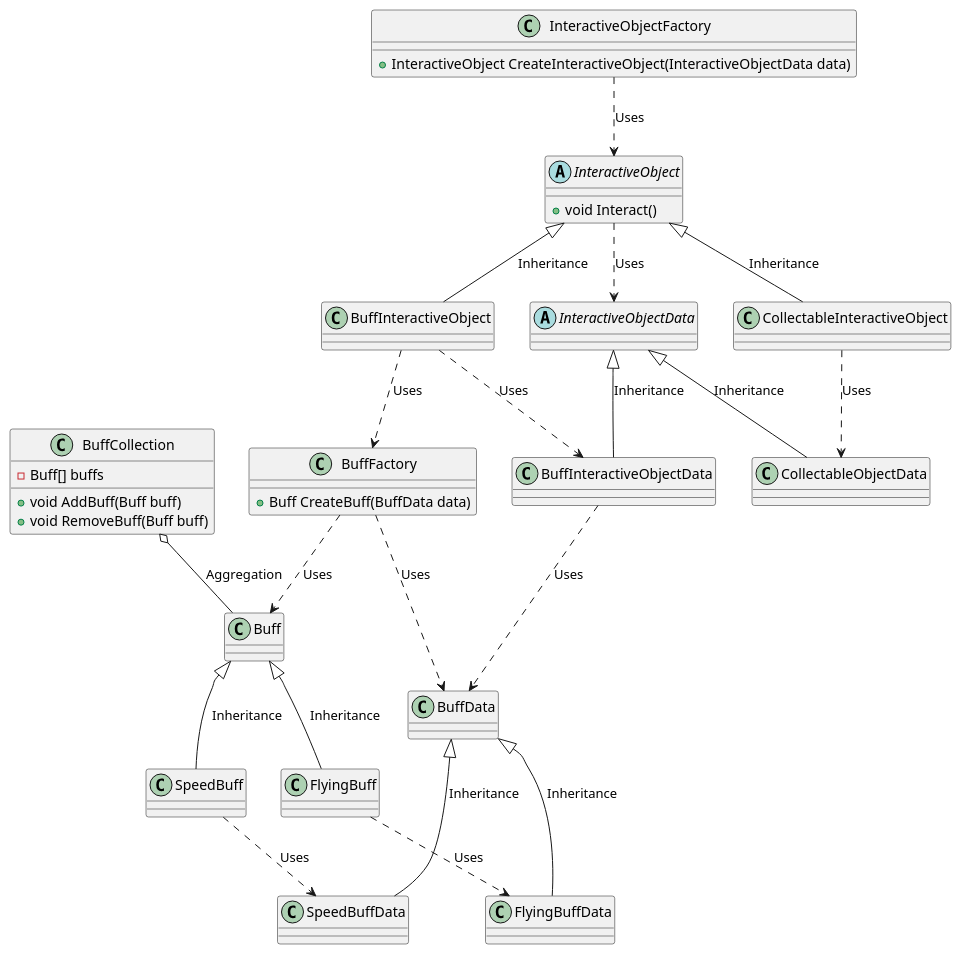
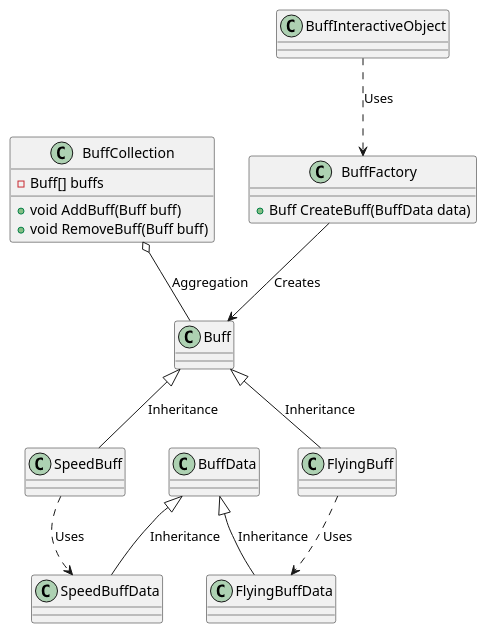
The diagram in src/FarawayPixel/Assets/UML/Buffs.puml (dezhurko/faraway-platformer), drawn with PlantUML before and after one commit. The commit also changed 4 other files, not shown here.

```diff
--- a/src/FarawayPixel/Assets/UML/Buffs.puml
+++ b/src/FarawayPixel/Assets/UML/Buffs.puml
@@ -1,73 +1,43 @@
 @startuml
 class "Buff" as buff {
 }
 
 class "SpeedBuff" as speedBuff {
 }
 buff <|-- speedBuff : Inheritance
 speedBuff..>speedBuffData : Uses
 
 class "FlyingBuff" as flyingBuff {
 }
 buff <|-- flyingBuff : Inheritance
 flyingBuff..>flyingBuffData : Uses
 
 class "BuffData" as buffData {
 }
 
 class "SpeedBuffData" as speedBuffData {
 }
 buffData <|-- speedBuffData : Inheritance
 
 class "FlyingBuffData" as flyingBuffData {
 }
 buffData <|-- flyingBuffData : Inheritance
 
 class "BuffCollection" as buffCollection {
     -Buff[] buffs
     +void AddBuff(Buff buff)
     +void RemoveBuff(Buff buff)
 }
 
 class "BuffFactory" as buffFactory {
     +Buff CreateBuff(BuffData data)
 }
 
-buffFactory ..> buff : Uses
-buffFactory ..> buffData : Uses
-buffCollection o-- buff : Aggregation
-
-abstract class "InteractiveObjectData" as interactiveObjectData {
+class "BuffInteractiveObject" as buffInteractiveObject {
 }
 
-class "BuffInteractiveObjectData" as buffInteractiveObjectData {
-}
-interactiveObjectData <|-- buffInteractiveObjectData : Inheritance
-buffInteractiveObjectData ..> buffData : Uses
-
-class "CollectableObjectData" as collectableObjectData {
-}
-interactiveObjectData <|-- collectableObjectData : Inheritance
-
-abstract class "InteractiveObject" as interactiveObject {
-    +void Interact()
-}
-interactiveObject ..> interactiveObjectData : Uses
-
-class "BuffInteractiveObject" as buffInteractiveObject {
-}
-interactiveObject <|-- buffInteractiveObject : Inheritance
-buffInteractiveObject ..> buffInteractiveObjectData : Uses
+buffFactory --> buff : Creates
+buffCollection o-- buff : Aggregation
 buffInteractiveObject ..> buffFactory : Uses
 
-class "CollectableInteractiveObject" as collectableInteractiveObject {
-}
-interactiveObject <|-- collectableInteractiveObject : Inheritance
-collectableInteractiveObject ..> collectableObjectData : Uses
-
-class "InteractiveObjectFactory" as interactiveObjectFactory {
-    +InteractiveObject CreateInteractiveObject(InteractiveObjectData data)
-}
-
-interactiveObjectFactory ..> interactiveObject : Uses
 @enduml
```
